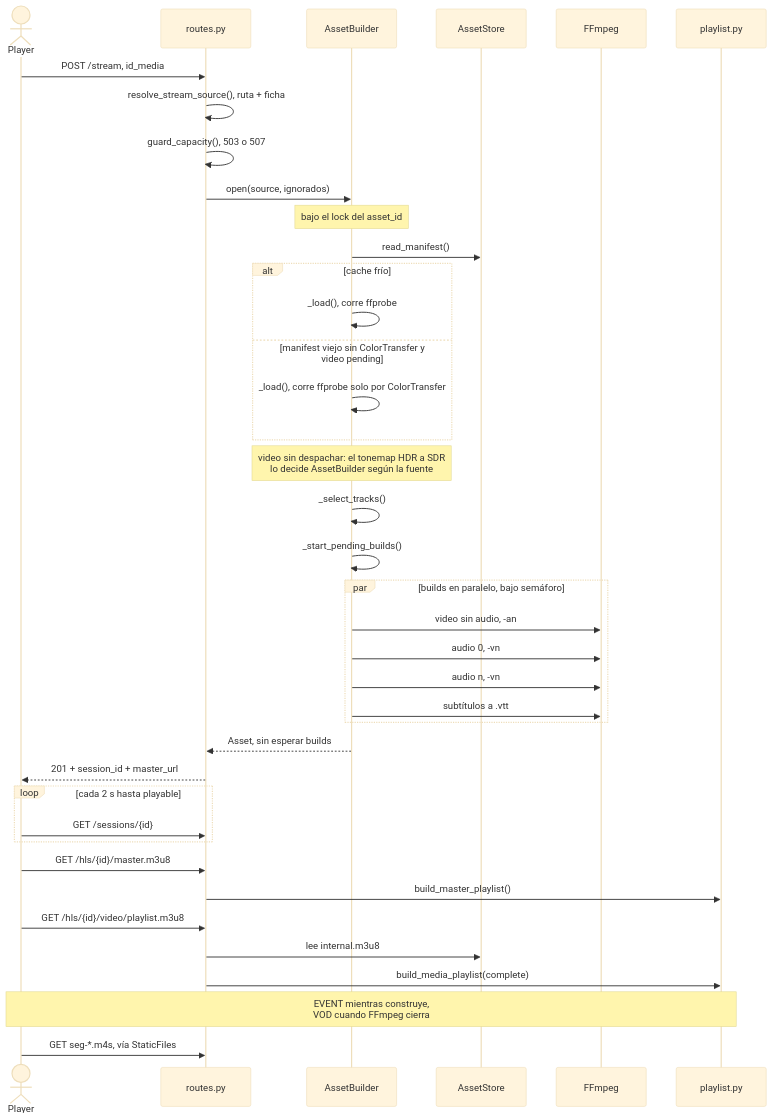
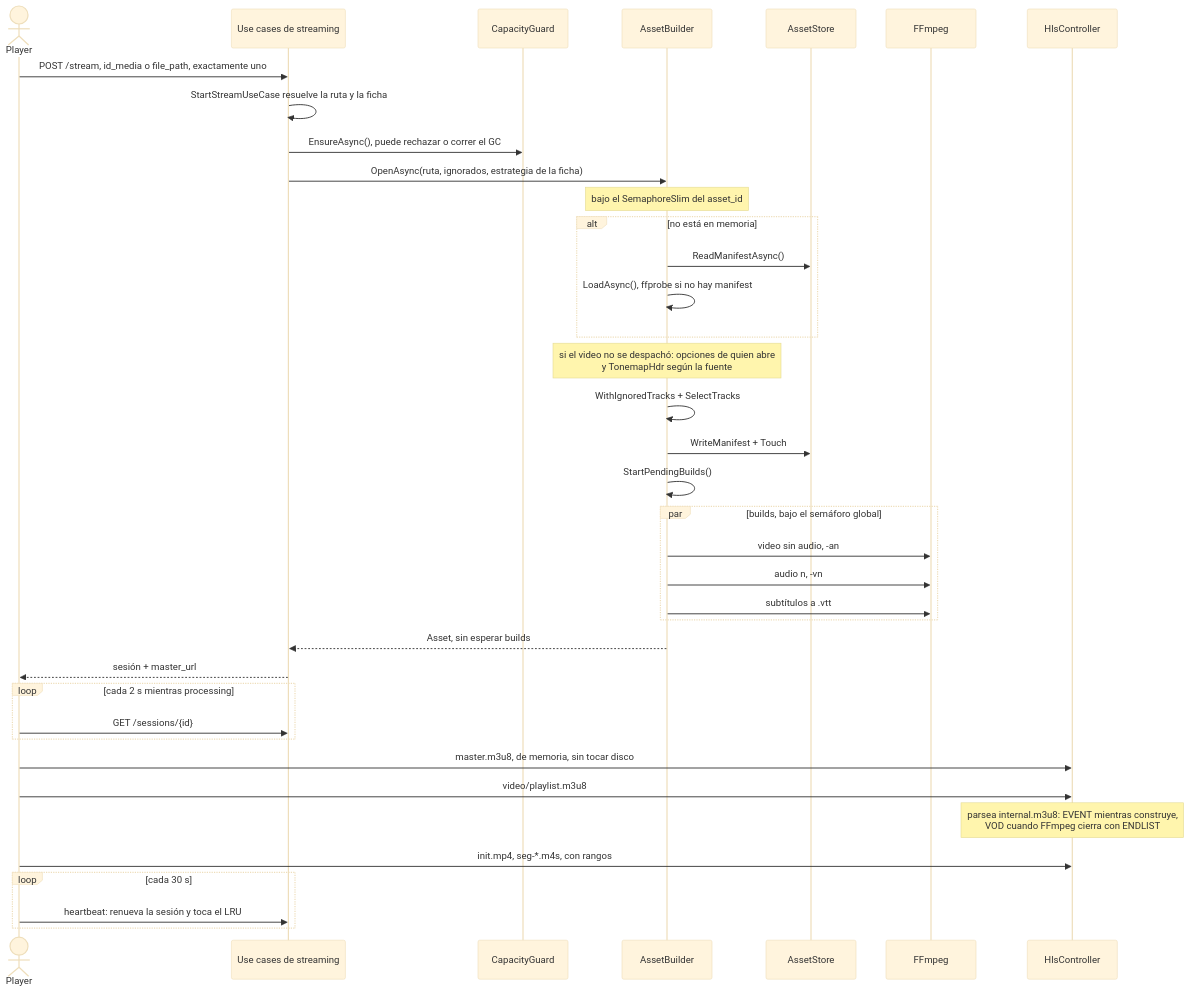
Before and after one commit to Juan045/home-stream-app: the seventh of 15 diagrams in system_arquitecture.md, drawn with Mermaid (base theme). The commit also changed other lines of this file and 8 other files, not shown here.

````diff
--- a/system_arquitecture.md
+++ b/system_arquitecture.md
@@ -337,47 +422,46 @@
 ```mermaid
 sequenceDiagram
     actor P as Player
-    participant API as routes.py
+    participant UC as Use cases de streaming
+    participant G as CapacityGuard
     participant B as AssetBuilder
     participant S as AssetStore
     participant F as FFmpeg
-    participant PL as playlist.py
+    participant H as HlsController
 
-    P->>API: POST /stream, id_media
-    API->>API: resolve_stream_source(), ruta + ficha
-    API->>API: guard_capacity(), 503 o 507
-    API->>B: open(source, ignorados)
+    P->>UC: POST /stream, id_media o file_path, exactamente uno
+    UC->>UC: StartStreamUseCase resuelve la ruta y la ficha
+    UC->>G: EnsureAsync(), puede rechazar o correr el GC
+    UC->>B: OpenAsync(ruta, ignorados, estrategia de la ficha)
 
-    Note over B: bajo el lock del asset_id
-    B->>S: read_manifest()
-    alt cache frío
-        B->>B: _load(), corre ffprobe
-    else manifest viejo sin ColorTransfer y video pending
-        B->>B: _load(), corre ffprobe solo por ColorTransfer
+    Note over B: bajo el SemaphoreSlim del asset_id
+    alt no está en memoria
+        B->>S: ReadManifestAsync()
+        B->>B: LoadAsync(), ffprobe si no hay manifest
     end
-    Note over B: video sin despachar: el tonemap HDR a SDR<br/>lo decide AssetBuilder según la fuente
-    B->>B: _select_tracks()
-    B->>B: _start_pending_builds()
+    Note over B: si el video no se despachó: opciones de quien abre<br/>y TonemapHdr según la fuente
+    B->>B: WithIgnoredTracks + SelectTracks
+    B->>S: WriteManifest + Touch
+    B->>B: StartPendingBuilds()
 
-    par builds en paralelo, bajo semáforo
+    par builds, bajo el semáforo global
         B->>F: video sin audio, -an
-        B->>F: audio 0, -vn
         B->>F: audio n, -vn
         B->>F: subtítulos a .vtt
     end
 
-    B-->>API: Asset, sin esperar builds
-    API-->>P: 201 + session_id + master_url
+    B-->>UC: Asset, sin esperar builds
+    UC-->>P: sesión + master_url
 
-    loop cada 2 s hasta playable
-        P->>API: GET /sessions/{id}
+    loop cada 2 s mientras processing
+        P->>UC: GET /sessions/{id}
     end
 
-    P->>API: GET /hls/{id}/master.m3u8
-    API->>PL: build_master_playlist()
-    P->>API: GET /hls/{id}/video/playlist.m3u8
-    API->>S: lee internal.m3u8
-    API->>PL: build_media_playlist(complete)
-    Note over P,PL: EVENT mientras construye,<br/>VOD cuando FFmpeg cierra
-    P->>API: GET seg-*.m4s, vía StaticFiles
+    P->>H: master.m3u8, de memoria, sin tocar disco
+    P->>H: video/playlist.m3u8
+    Note over H: parsea internal.m3u8: EVENT mientras construye,<br/>VOD cuando FFmpeg cierra con ENDLIST
+    P->>H: init.mp4, seg-*.m4s, con rangos
+    loop cada 30 s
+        P->>UC: heartbeat: renueva la sesión y toca el LRU
+    end
 ```
````
